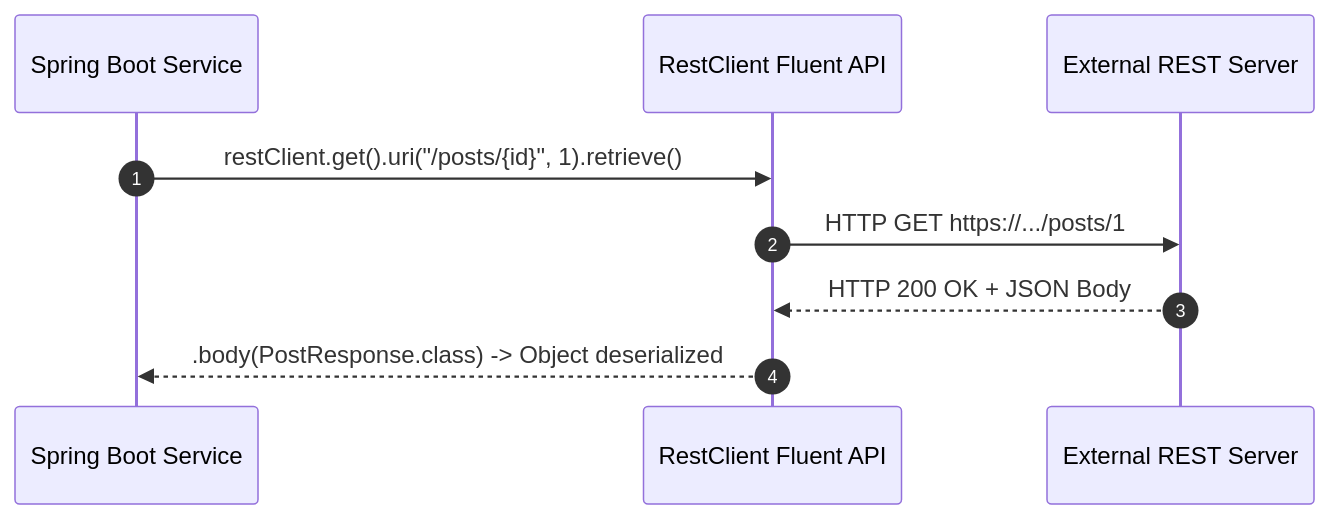
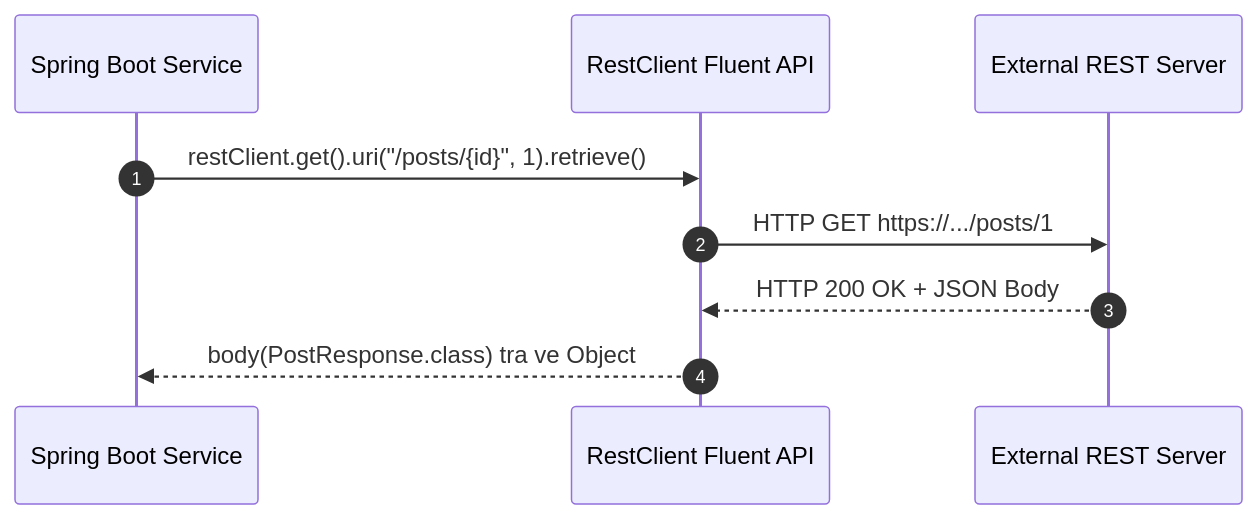
Before and after one commit to anhtudayne/JAVA: the third of 5 diagrams in Note/Lesson16/bai-16-goi-external-api-restclient-webclient-http-service-client.md, drawn with Mermaid. The commit also changed other lines of this file and 3 other files, not shown here.

````diff
--- a/Note/Lesson16/bai-16-goi-external-api-restclient-webclient-http-service-client.md
+++ b/Note/Lesson16/bai-16-goi-external-api-restclient-webclient-http-service-client.md
@@ -110,12 +113,12 @@
 ```mermaid
 sequenceDiagram
     autonumber
     participant App as Spring Boot Service
     participant RC as RestClient Fluent API
     participant Ext as External REST Server
 
     App->>RC: restClient.get().uri("/posts/{id}", 1).retrieve()
     RC->>Ext: HTTP GET https://.../posts/1
     Ext-->>RC: HTTP 200 OK + JSON Body
-    RC-->>App: .body(PostResponse.class) -> Object deserialized
+    RC-->>App: body(PostResponse.class) tra ve Object
 ```
````
